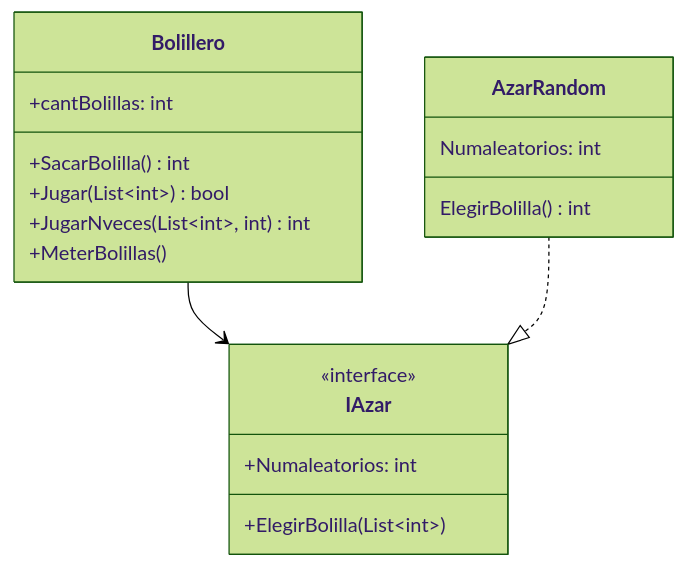
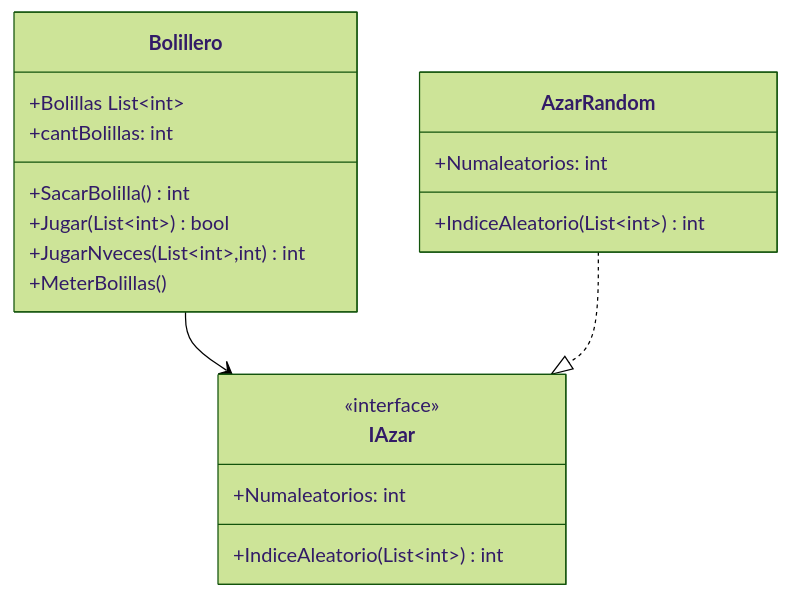
Before and after one commit to brenda20-22/TO-Bolillero: the diagram in docs/README.md, drawn with Mermaid (forest theme). The commit also changed 2 other files, not shown here.

````diff
--- a/docs/README.md
+++ b/docs/README.md
@@ -3,22 +3,23 @@
 ```mermaid
 classDiagram
     class Bolillero{
+        +Bolillas List~int~
         +cantBolillas: int 
         +SacarBolilla() int 
         +Jugar(List~int~) bool
-        +JugarNveces(List~int~, int) int
+        +JugarNveces(List~int~,int) int
         +MeterBolillas() 
         }
     class IAzar{
         <<interface>>
         +Numaleatorios: int
-        +ElegirBolilla(List~int~)
+        +IndiceAleatorio(List~int~) int
         }
     class AzarRandom{
-        Numaleatorios: int
-        ElegirBolilla() int
+        +Numaleatorios: int
+        +IndiceAleatorio(List~int~) int
     }
 
     Bolillero --> IAzar
     AzarRandom ..|> IAzar
 ```
````
